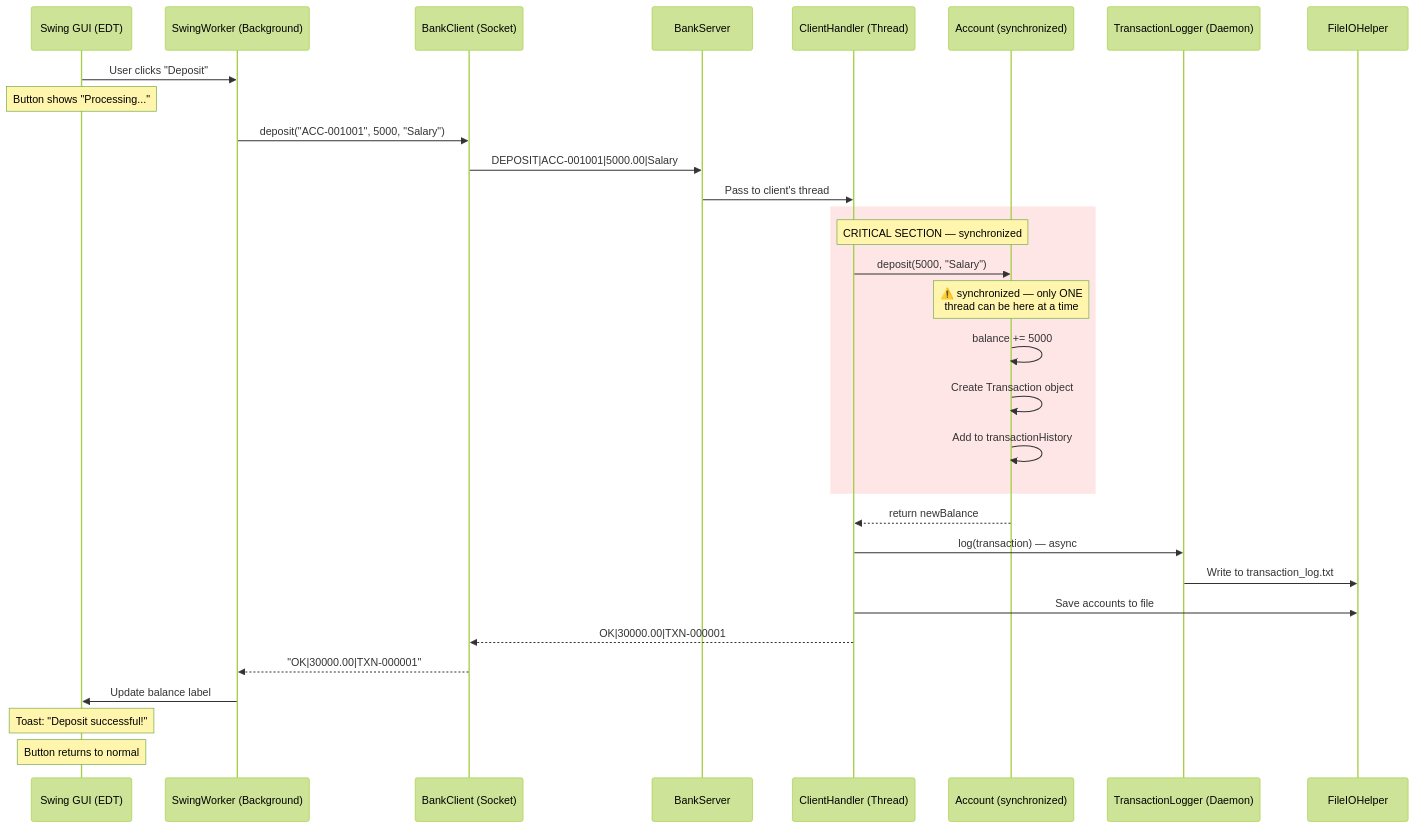
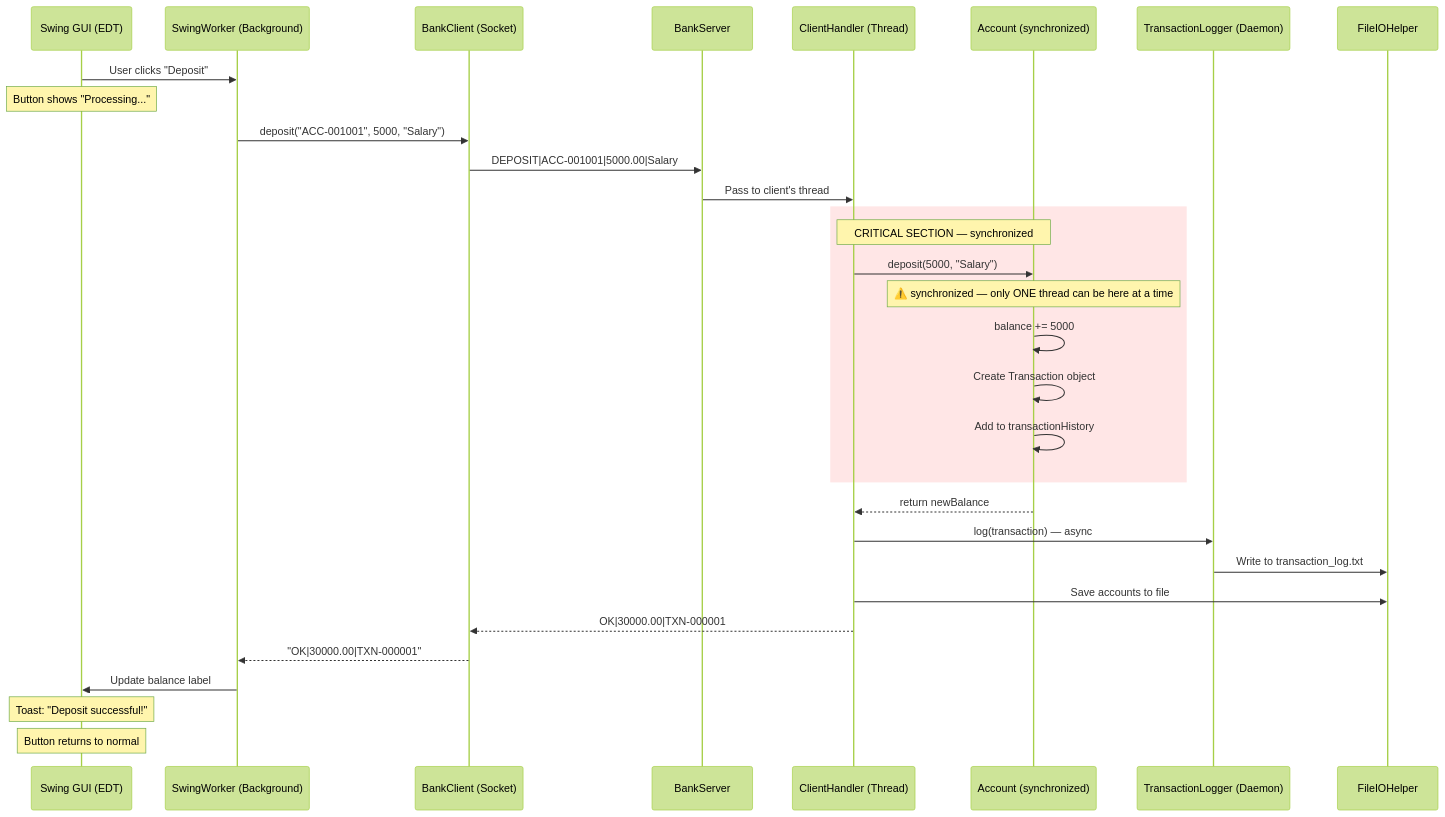
The second of 3 diagrams in README.md (Divyansh-Kashiv07/SecureBank), drawn with Mermaid (forest theme) before and after one commit. The commit also changed other lines of this file, not shown here.

Commit message:
fix: remove unsupported html tags from mermaid diagrams

````diff
--- a/README.md
+++ b/README.md
@@ -116,36 +116,36 @@
 ```mermaid
 sequenceDiagram
     participant GUI as Swing GUI (EDT)
     participant Worker as SwingWorker (Background)
     participant Client as BankClient (Socket)
     participant Server as BankServer
     participant Handler as ClientHandler (Thread)
     participant Account as Account (synchronized)
     participant Logger as TransactionLogger (Daemon)
     participant File as FileIOHelper
 
     GUI->>Worker: User clicks "Deposit"
     Note over GUI: Button shows "Processing..."
     Worker->>Client: deposit("ACC-001001", 5000, "Salary")
     Client->>Server: DEPOSIT|ACC-001001|5000.00|Salary
     Server->>Handler: Pass to client's thread
     
     rect rgb(255, 230, 230)
         Note over Handler,Account: CRITICAL SECTION — synchronized
         Handler->>Account: deposit(5000, "Salary")
-        Note over Account: ⚠️ synchronized — only ONE<br/>thread can be here at a time
+        Note over Account: ⚠️ synchronized — only ONE thread can be here at a time
         Account->>Account: balance += 5000
         Account->>Account: Create Transaction object
         Account->>Account: Add to transactionHistory
     end
     
     Account-->>Handler: return newBalance
     Handler->>Logger: log(transaction) — async
     Logger->>File: Write to transaction_log.txt
     Handler->>File: Save accounts to file
     Handler-->>Client: OK|30000.00|TXN-000001
     Client-->>Worker: "OK|30000.00|TXN-000001"
     Worker->>GUI: Update balance label
     Note over GUI: Toast: "Deposit successful!"
     Note over GUI: Button returns to normal
 ```
````
